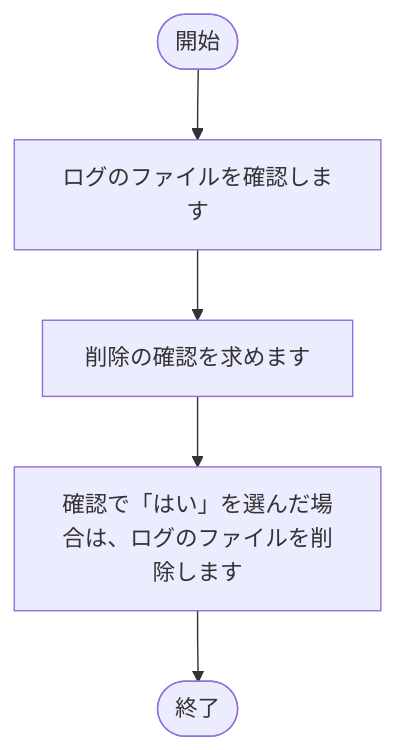
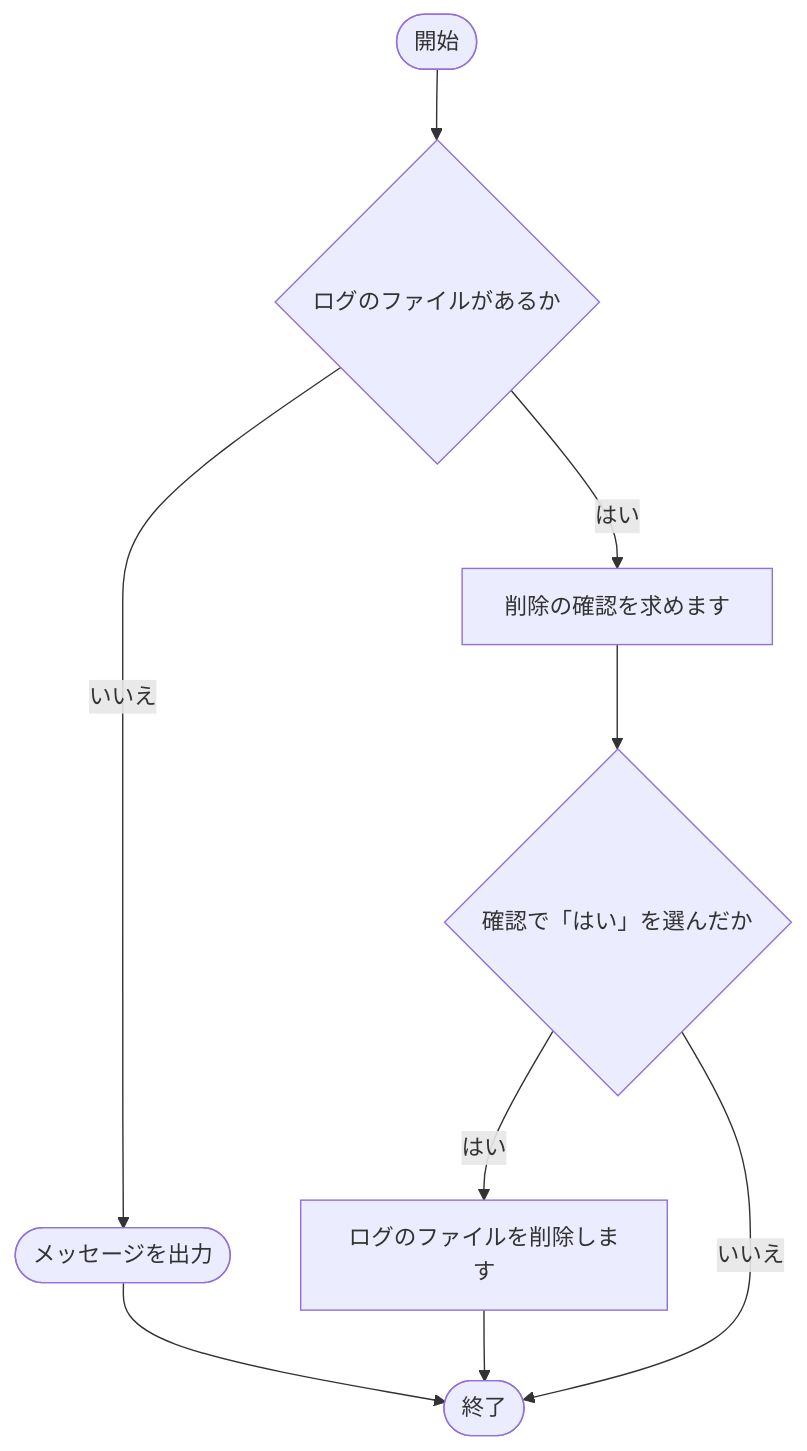
The ninth of 15 diagrams in tool/kintone-resourse-generator/doc/02_設計/処理フロー.md (nishida2073/project_management), drawn with Mermaid before and after one commit. The commit also changed other lines of this file and 16 other files, not shown here.

````diff
--- a/tool/kintone-resourse-generator/doc/02_設計/処理フロー.md
+++ b/tool/kintone-resourse-generator/doc/02_設計/処理フロー.md
@@ -250,12 +271,18 @@
 ```mermaid
 flowchart TD
     S(["開始"])
     E(["終了"])
-    N1["ログのファイルを確認します"]
+    N1{"ログのファイルがあるか"}
+    X1(["メッセージを出力"])
+    X1 --> E
+    N1 -- いいえ --> X1
     S --> N1
     N2["削除の確認を求めます"]
-    N1 --> N2
-    N3["確認で「はい」を選んだ場合は、ログのファイルを削除します"]
+    N1 -- はい --> N2
+    N3{"確認で「はい」を選んだか"}
     N2 --> N3
-    N3 --> E
+    N4["ログのファイルを削除します"]
+    N3 -- はい --> N4
+    N4 --> E
+    N3 -- いいえ --> E
 ```
````
